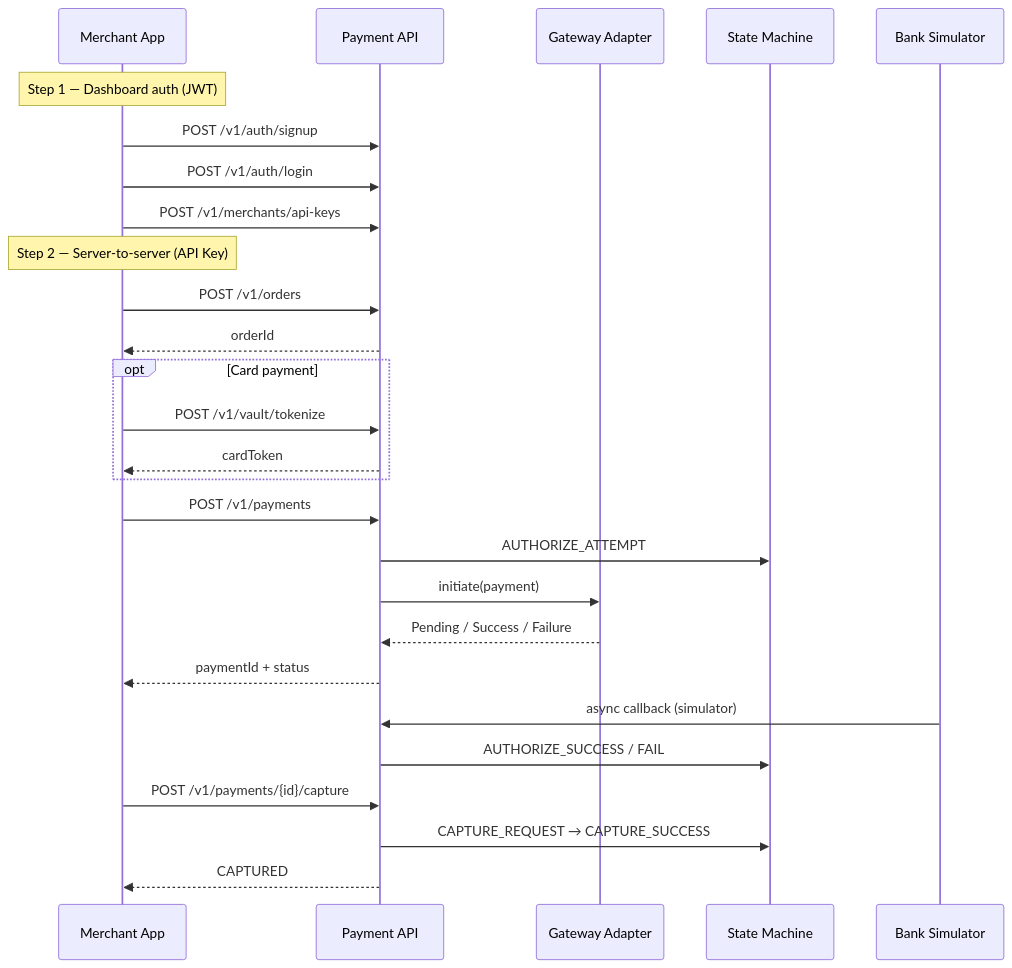
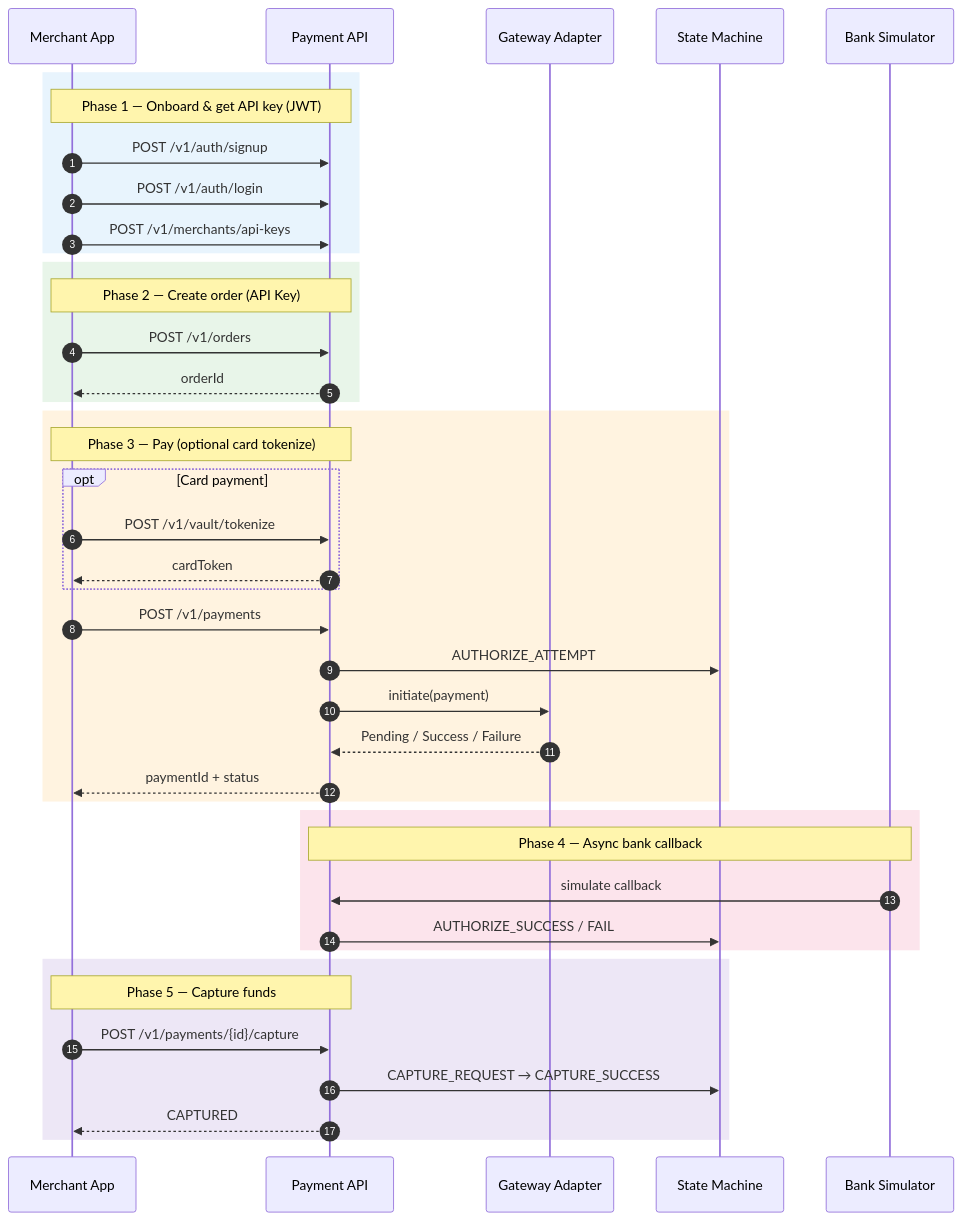
Before and after one commit to akankshapatil2611/razorpay: the sixth of 11 diagrams in README.md, drawn with Mermaid. The commit also changed other lines of this file, not shown here.

````diff
--- a/README.md
+++ b/README.md
@@ -103,35 +204,48 @@
 ```mermaid
 sequenceDiagram
+    autonumber
     participant M as Merchant App
     participant API as Payment API
     participant GW as Gateway Adapter
     participant SM as State Machine
     participant Bank as Bank Simulator
 
-    Note over M: Step 1 — Dashboard auth (JWT)
-    M->>API: POST /v1/auth/signup
-    M->>API: POST /v1/auth/login
-    M->>API: POST /v1/merchants/api-keys
-
-    Note over M: Step 2 — Server-to-server (API Key)
-    M->>API: POST /v1/orders
-    API-->>M: orderId
-
-    opt Card payment
-        M->>API: POST /v1/vault/tokenize
-        API-->>M: cardToken
+    rect rgb(232, 244, 253)
+        Note over M,API: Phase 1 — Onboard & get API key (JWT)
+        M->>API: POST /v1/auth/signup
+        M->>API: POST /v1/auth/login
+        M->>API: POST /v1/merchants/api-keys
     end
 
-    M->>API: POST /v1/payments
-    API->>SM: AUTHORIZE_ATTEMPT
-    API->>GW: initiate(payment)
-    GW-->>API: Pending / Success / Failure
-    API-->>M: paymentId + status
+    rect rgb(232, 245, 233)
+        Note over M,API: Phase 2 — Create order (API Key)
+        M->>API: POST /v1/orders
+        API-->>M: orderId
+    end
 
-    Bank->>API: async callback (simulator)
-    API->>SM: AUTHORIZE_SUCCESS / FAIL
+    rect rgb(255, 243, 224)
+        Note over M,API: Phase 3 — Pay (optional card tokenize)
+        opt Card payment
+            M->>API: POST /v1/vault/tokenize
+            API-->>M: cardToken
+        end
+        M->>API: POST /v1/payments
+        API->>SM: AUTHORIZE_ATTEMPT
+        API->>GW: initiate(payment)
+        GW-->>API: Pending / Success / Failure
+        API-->>M: paymentId + status
+    end
 
-    M->>API: POST /v1/payments/{id}/capture
-    API->>SM: CAPTURE_REQUEST → CAPTURE_SUCCESS
-    API-->>M: CAPTURED
+    rect rgb(252, 228, 236)
+        Note over Bank,API: Phase 4 — Async bank callback
+        Bank->>API: simulate callback
+        API->>SM: AUTHORIZE_SUCCESS / FAIL
+    end
+
+    rect rgb(237, 231, 246)
+        Note over M,API: Phase 5 — Capture funds
+        M->>API: POST /v1/payments/{id}/capture
+        API->>SM: CAPTURE_REQUEST → CAPTURE_SUCCESS
+        API-->>M: CAPTURED
+    end
 ```
````
